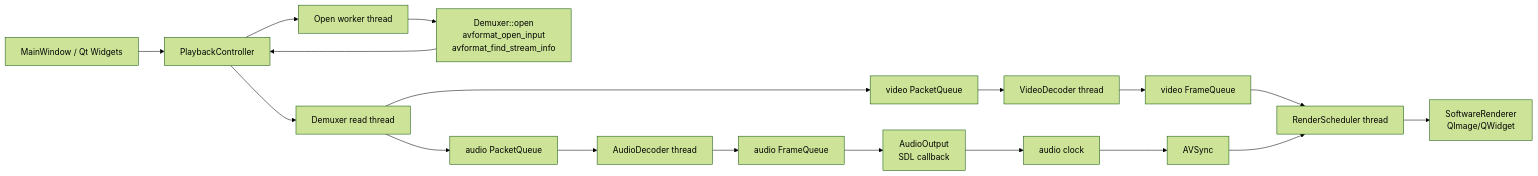
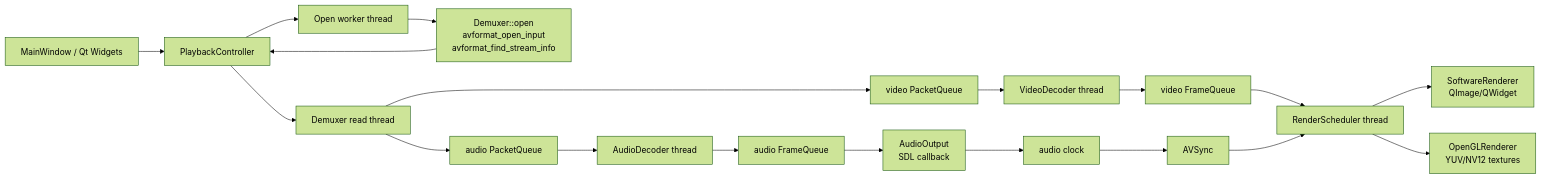
Before and after one commit to Bree2ezzz/videoPlayer: the diagram in README.md, drawn with Mermaid (forest theme). The commit also changed other lines of this file and 9 other files, not shown here.

````diff
--- a/README.md
+++ b/README.md
@@ -21,20 +21,21 @@
 ```mermaid
 flowchart LR
     UI["MainWindow / Qt Widgets"] --> PC["PlaybackController"]
     PC --> OW["Open worker thread"]
     OW --> DOPEN["Demuxer::open<br/>avformat_open_input<br/>avformat_find_stream_info"]
     DOPEN --> PC
     PC --> D["Demuxer read thread"]
     D --> VPQ["video PacketQueue"]
     D --> APQ["audio PacketQueue"]
     VPQ --> VD["VideoDecoder thread"]
     APQ --> AD["AudioDecoder thread"]
     VD --> VFQ["video FrameQueue"]
     AD --> AFQ["audio FrameQueue"]
     AFQ --> AO["AudioOutput<br/>SDL callback"]
     AO --> CLOCK["audio clock"]
     VFQ --> RS["RenderScheduler thread"]
     CLOCK --> AVS["AVSync"]
     AVS --> RS
     RS --> SR["SoftwareRenderer<br/>QImage/QWidget"]
+    RS --> GLR["OpenGLRenderer<br/>YUV/NV12 textures"]
 ```
````
